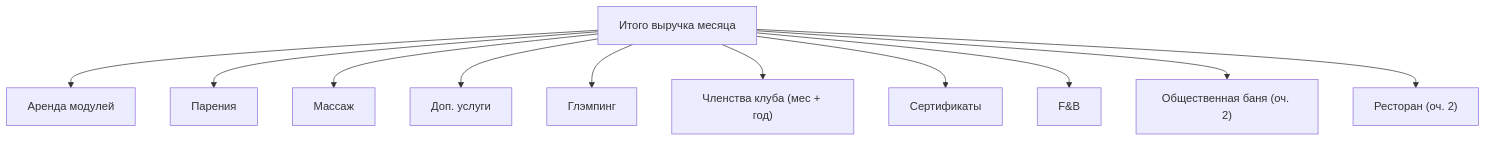
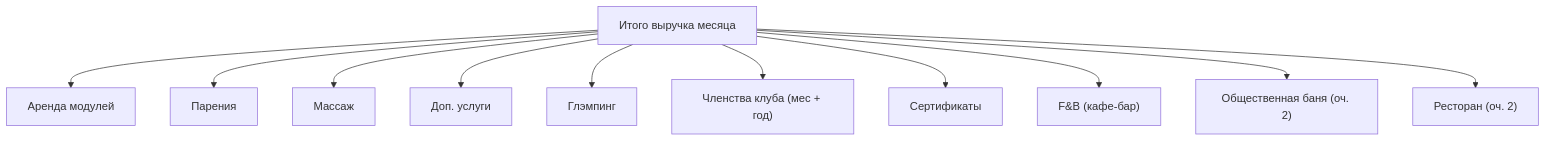
Before and after one commit to ampulex-23/aura-hills-finmodel: the fourth of 6 diagrams in src/docs/model-guide.md, drawn with Mermaid. The commit also changed other lines of this file and 11 other files, not shown here.

````diff
--- a/src/docs/model-guide.md
+++ b/src/docs/model-guide.md
@@ -203,14 +271,14 @@
 ```mermaid
 flowchart TD
     T["Итого выручка месяца"]
     T --> R1["Аренда модулей"]
     T --> R2["Парения"]
     T --> R3["Массаж"]
     T --> R4["Доп. услуги"]
     T --> R5["Глэмпинг"]
     T --> R6["Членства клуба (мес + год)"]
     T --> R7["Сертификаты"]
-    T --> R8["F&B"]
+    T --> R8["F&B (кафе-бар)"]
     T --> R9["Общественная баня (оч. 2)"]
     T --> R10["Ресторан (оч. 2)"]
 ```
````
